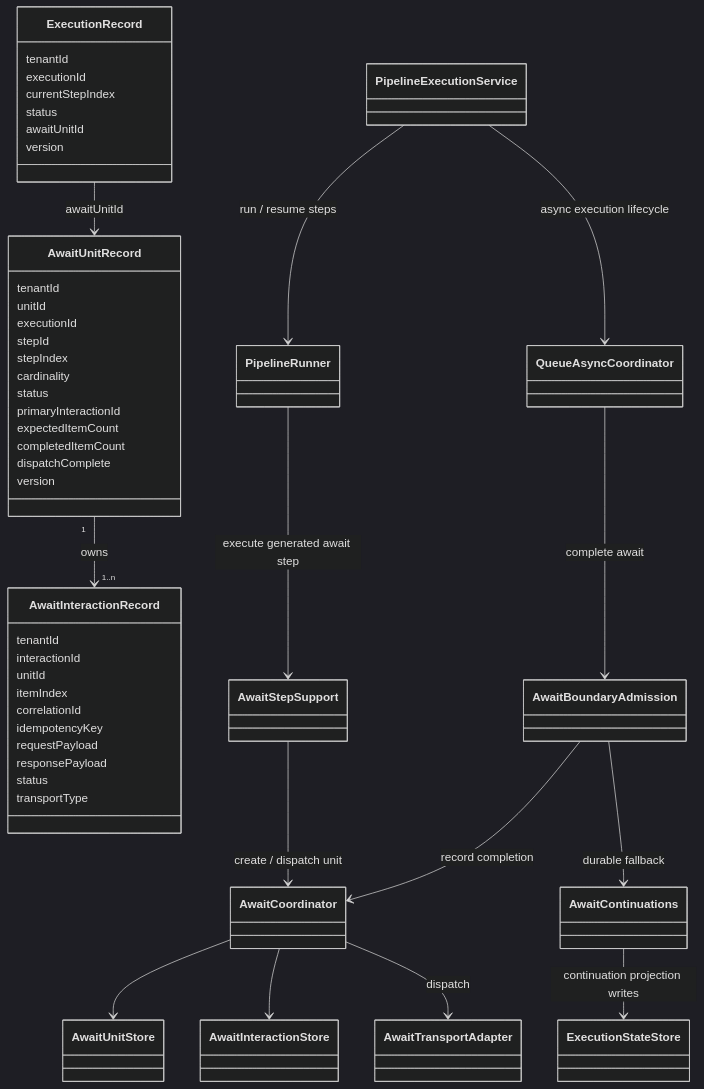
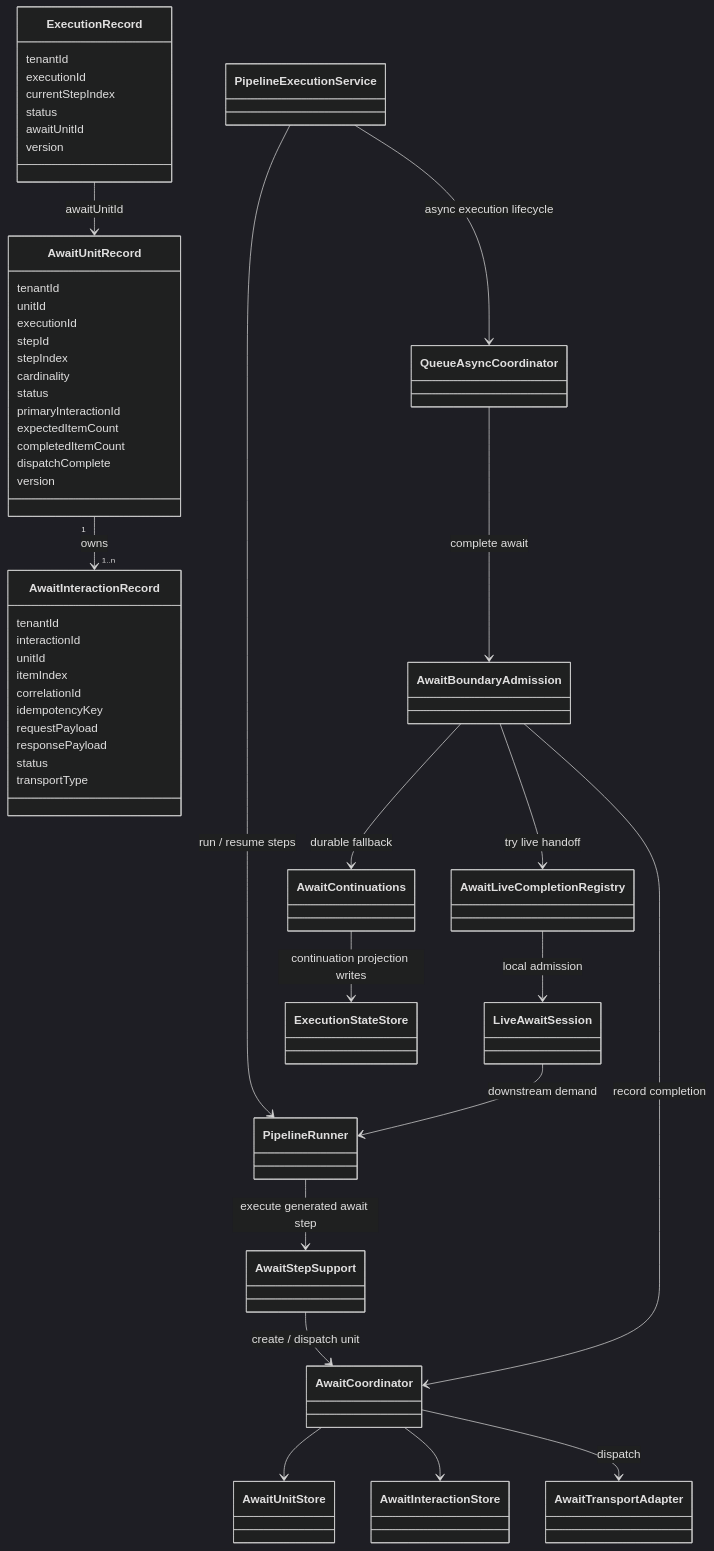
One commit to The-Pipeline-Framework/pipelineframework changed the first of 2 diagrams in docs/evolve/await-unit-runtime/index.md. Above: the diagram before and after it, drawn with Mermaid (dark theme). The commit also changed 8 other files, not shown here.

Commit message:
Harden queue async await boundary invariants

````diff
--- a/docs/evolve/await-unit-runtime/index.md
+++ b/docs/evolve/await-unit-runtime/index.md
@@ -25,65 +25,70 @@
 ```mermaid
 classDiagram
     class ExecutionRecord {
       tenantId
       executionId
       currentStepIndex
       status
       awaitUnitId
       version
     }
 
     class AwaitUnitRecord {
       tenantId
       unitId
       executionId
       stepId
       stepIndex
       cardinality
       status
       primaryInteractionId
       expectedItemCount
       completedItemCount
       dispatchComplete
       version
     }
 
     class AwaitInteractionRecord {
       tenantId
       interactionId
       unitId
       itemIndex
       correlationId
       idempotencyKey
       requestPayload
       responsePayload
       status
       transportType
     }
 
     class PipelineExecutionService
     class PipelineRunner
     class QueueAsyncCoordinator
     class AwaitBoundaryAdmission
+    class AwaitLiveCompletionRegistry
+    class LiveAwaitSession
     class AwaitContinuations
     class AwaitStepSupport
     class AwaitCoordinator
     class AwaitUnitStore
     class AwaitInteractionStore
     class AwaitTransportAdapter
     class ExecutionStateStore
 
     ExecutionRecord --> AwaitUnitRecord : awaitUnitId
     AwaitUnitRecord "1" --> "1..n" AwaitInteractionRecord : owns
     PipelineExecutionService --> PipelineRunner : run / resume steps
     PipelineRunner --> AwaitStepSupport : execute generated await step
     AwaitStepSupport --> AwaitCoordinator : create / dispatch unit
     PipelineExecutionService --> QueueAsyncCoordinator : async execution lifecycle
     QueueAsyncCoordinator --> AwaitBoundaryAdmission : complete await
     AwaitBoundaryAdmission --> AwaitCoordinator : record completion
+    AwaitBoundaryAdmission --> AwaitLiveCompletionRegistry : try live handoff
+    AwaitLiveCompletionRegistry --> LiveAwaitSession : local admission
+    LiveAwaitSession --> PipelineRunner : downstream demand
     AwaitBoundaryAdmission --> AwaitContinuations : durable fallback
     AwaitContinuations --> ExecutionStateStore : continuation projection writes
     AwaitCoordinator --> AwaitUnitStore
     AwaitCoordinator --> AwaitInteractionStore
     AwaitCoordinator --> AwaitTransportAdapter : dispatch
 ```
````
